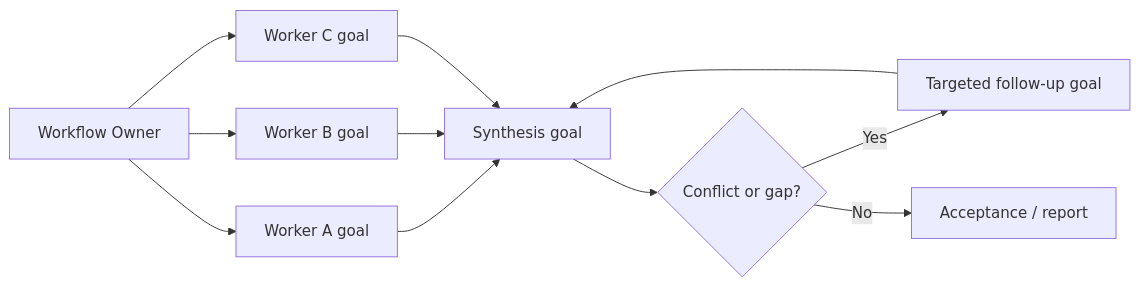
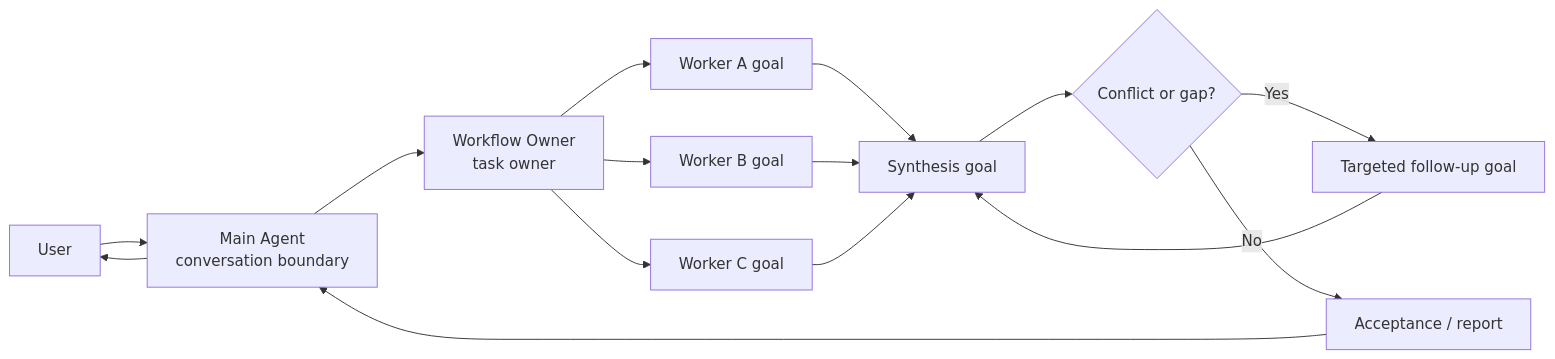
One commit to patrick-fu/parallel-goal-workflows changed the second of 3 diagrams in README.md. Above: the diagram before and after it, drawn with Mermaid. The commit also changed other lines of this file and 1 other file, not shown here.

Commit message:
Complete workflow diagrams with user boundary
- Add User and Main Agent entry points to synthesis and nested-helper diagrams.

- Return synthesis and nested-helper report paths back through the Main Agent.

- Keep English and Chinese public README diagrams structurally aligned.

````diff
--- a/README.md
+++ b/README.md
@@ -116,13 +116,17 @@
 ```mermaid
 flowchart LR
-  Owner["Workflow Owner"] --> A["Worker A goal"]
+  User["User"] --> Main["Main Agent<br/>conversation boundary"]
+  Main --> Owner["Workflow Owner<br/>task owner"]
+  Owner --> A["Worker A goal"]
   Owner --> B["Worker B goal"]
   Owner --> C["Worker C goal"]
   A --> S["Synthesis goal"]
   B --> S
   C --> S
   S --> Decision{"Conflict or gap?"}
   Decision -- "Yes" --> Followup["Targeted follow-up goal"]
   Followup --> S
   Decision -- "No" --> Acceptance["Acceptance / report"]
+  Acceptance --> Main
+  Main --> User
 ```
````
